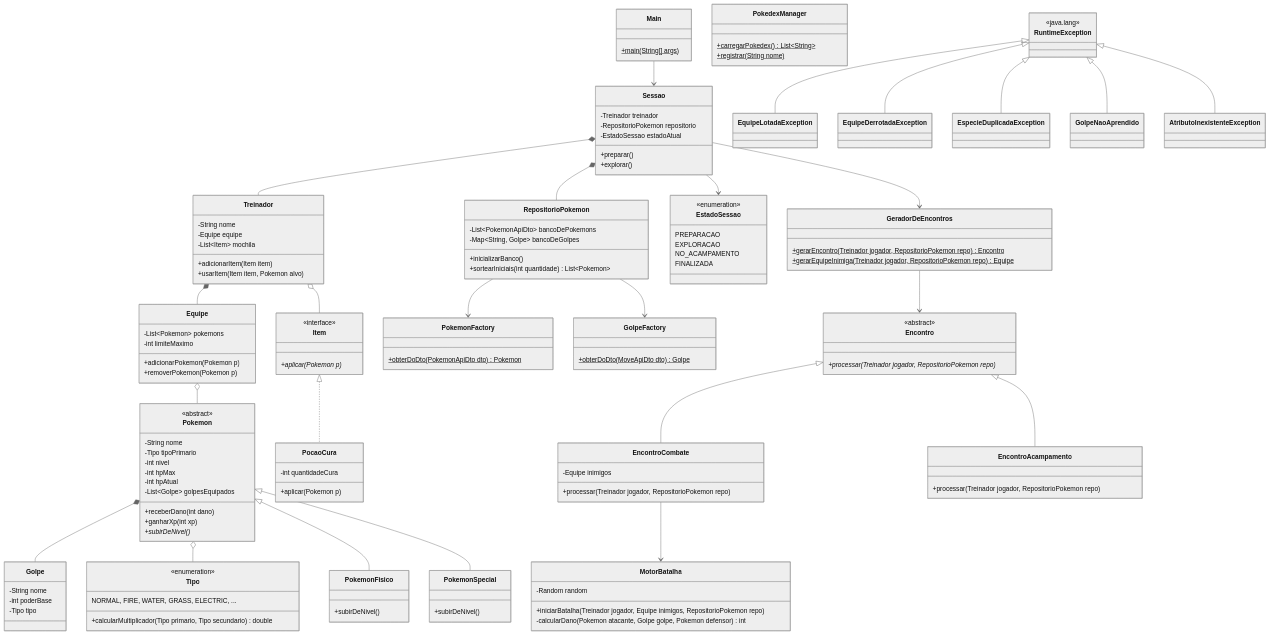
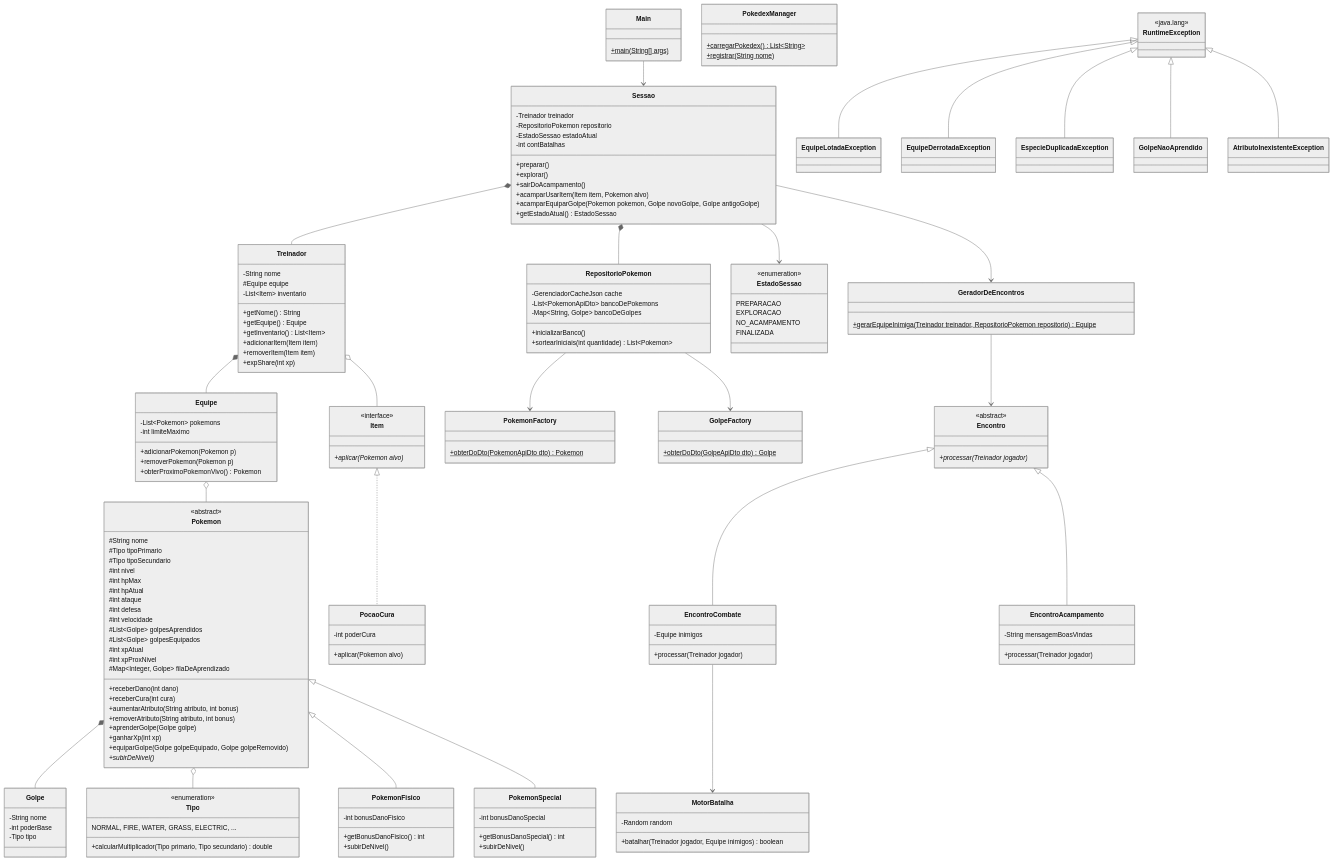
Before and after one commit to bagrezildo/POOke: the diagram in README.md, drawn with Mermaid (neutral theme). The commit also changed other lines of this file and 6 other files, not shown here.

Commit message:
ajuste uml e uso do printer

```diff
--- a/README.md
+++ b/README.md
@@ -63,8 +63,13 @@
         -Treinador treinador
         -RepositorioPokemon repositorio
         -EstadoSessao estadoAtual
+        -int contBatalhas
         +preparar()
         +explorar()
+        +sairDoAcampamento()
+        +acamparUsarItem(Item item, Pokemon alvo)
+        +acamparEquiparGolpe(Pokemon pokemon, Golpe novoGolpe, Golpe antigoGolpe)
+        +getEstadoAtual() EstadoSessao
     }
     class EstadoSessao {
         <<enumeration>>
@@ -74,45 +79,65 @@
         FINALIZADA
     }
     class GeradorDeEncontros {
-        +gerarEncontro(Treinador jogador, RepositorioPokemon repo)$ Encontro
-        +gerarEquipeInimiga(Treinador jogador, RepositorioPokemon repo)$ Equipe
+        +gerarEquipeInimiga(Treinador treinador, RepositorioPokemon repositorio)$ Equipe
     }
     class MotorBatalha {
         -Random random
-        +iniciarBatalha(Treinador jogador, Equipe inimigos, RepositorioPokemon repo)
-        -calcularDano(Pokemon atacante, Golpe golpe, Pokemon defensor) int
+        +batalhar(Treinador jogador, Equipe inimigos) boolean
     }
 
     %% Pacote Domínio
     class Treinador {
         -String nome
-        -Equipe equipe
-        -List~Item~ mochila
+        #Equipe equipe
+        -List~Item~ inventario
+        +getNome() String
+        +getEquipe() Equipe
+        +getInventario() List~Item~
         +adicionarItem(Item item)
-        +usarItem(Item item, Pokemon alvo)
+        +removerItem(Item item)
+        +expShare(int xp)
     }
     class Equipe {
         -List~Pokemon~ pokemons
         -int limiteMaximo
         +adicionarPokemon(Pokemon p)
         +removerPokemon(Pokemon p)
+        +obterProximoPokemonVivo() Pokemon
     }
     class Pokemon {
         <<abstract>>
-        -String nome
-        -Tipo tipoPrimario
-        -int nivel
-        -int hpMax
-        -int hpAtual
-        -List~Golpe~ golpesEquipados
+        #String nome
+        #Tipo tipoPrimario
+        #Tipo tipoSecundario
+        #int nivel
+        #int hpMax
+        #int hpAtual
+        #int ataque
+        #int defesa
+        #int velocidade
+        #List~Golpe~ golpesAprendidos
+        #List~Golpe~ golpesEquipados
+        #int xpAtual
+        #int xpProxNivel
+        #Map~Integer, Golpe~ filaDeAprendizado
         +receberDano(int dano)
+        +receberCura(int cura)
+        +aumentarAtributo(String atributo, int bonus)
+        +removerAtributo(String atributo, int bonus)
+        +aprenderGolpe(Golpe golpe)
         +ganharXp(int xp)
+        +equiparGolpe(Golpe golpeEquipado, Golpe golpeRemovido)
         +subirDeNivel()*
     }
     class PokemonFisico {
+        -int bonusDanoFisico
+        +getBonusDanoFisico() int
         +subirDeNivel()
     }
     class PokemonSpecial {
+        -int bonusDanoSpecial
+        +getBonusDanoSpecial() int
         +subirDeNivel()
     }
     class Tipo {
@@ -129,28 +154,30 @@
     %% Encontros
     class Encontro {
         <<abstract>>
-        +processar(Treinador jogador, RepositorioPokemon repo)*
+        +processar(Treinador jogador)*
     }
     class EncontroCombate {
         -Equipe inimigos
-        +processar(Treinador jogador, RepositorioPokemon repo)
+        +processar(Treinador jogador)
     }
     class EncontroAcampamento {
-        +processar(Treinador jogador, RepositorioPokemon repo)
+        -String mensagemBoasVindas
+        +processar(Treinador jogador)
     }
 
     %% Itens
     class Item {
         <<interface>>
-        +aplicar(Pokemon p)*
+        +aplicar(Pokemon alvo)*
     }
     class PocaoCura {
-        -int quantidadeCura
-        +aplicar(Pokemon p)
+        -int poderCura
+        +aplicar(Pokemon alvo)
     }
 
     %% Factories e Apresentação
     class RepositorioPokemon {
+        -GerenciadorCacheJson cache
         -List~PokemonApiDto~ bancoDePokemons
         -Map~String, Golpe~ bancoDeGolpes
         +inicializarBanco()
@@ -160,7 +187,7 @@
         +obterDoDto(PokemonApiDto dto)$ Pokemon
     }
     class GolpeFactory {
-        +obterDoDto(MoveApiDto dto)$ Golpe
+        +obterDoDto(GolpeApiDto dto)$ Golpe
     }
     class PokedexManager {
         +carregarPokedex()$ List~String~
```
